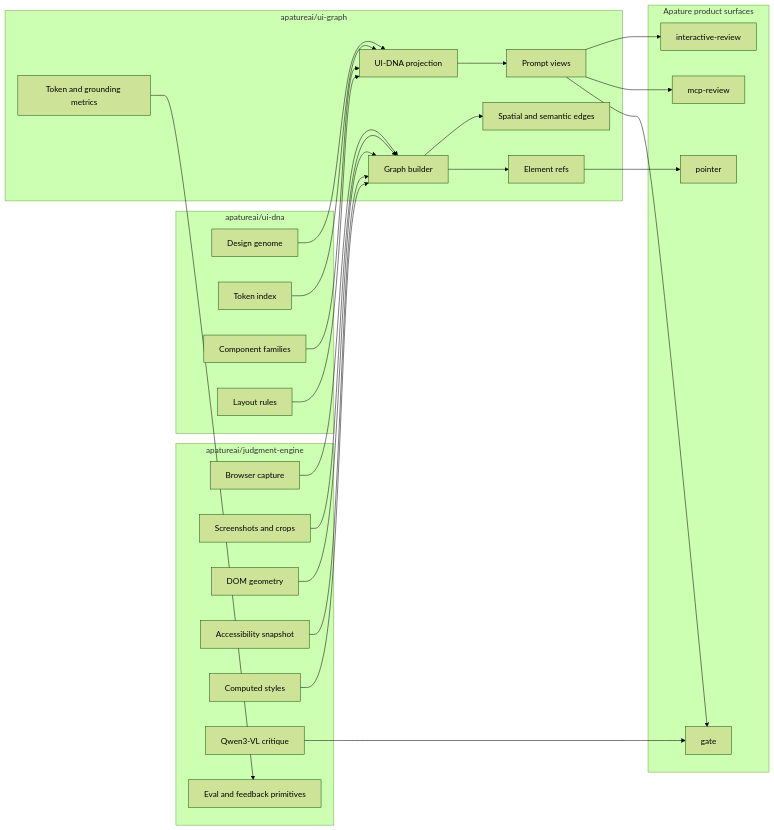
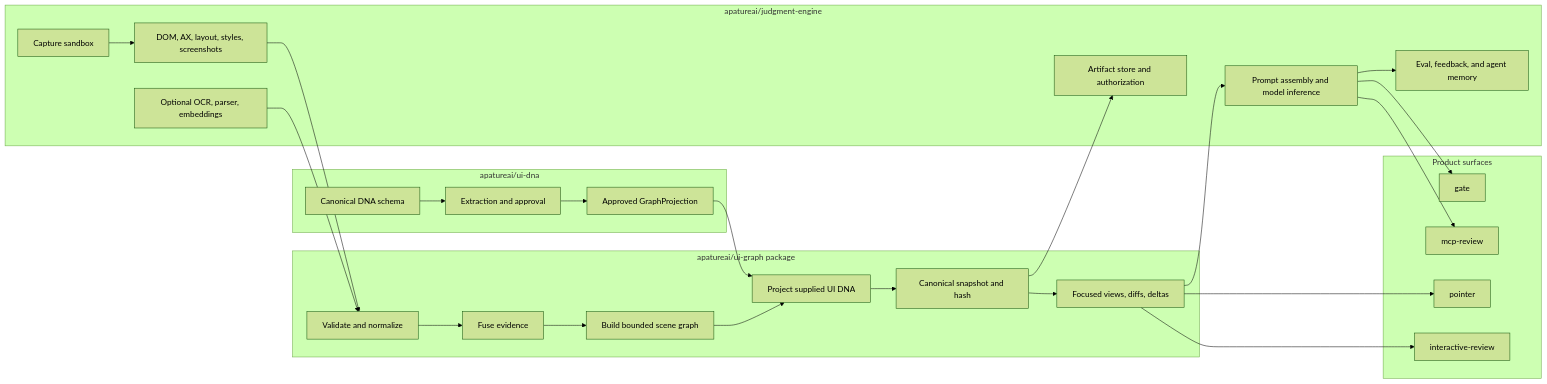
One commit to apatureai/lattice changed the first of 14 diagrams in ARCHITECTURE.md. Above: the diagram before and after it, drawn with Mermaid (forest theme). The commit also changed other lines of this file and 11 other files, not shown here.

Commit message:
Strengthen UI Graph architecture specification (#1)

````diff
--- a/ARCHITECTURE.md
+++ b/ARCHITECTURE.md
@@ -14,54 +20,47 @@
 ```mermaid
 flowchart LR
-  subgraph Engine["apatureai/judgment-engine"]
-    A["Browser capture"]
-    B["Screenshots and crops"]
-    C["DOM geometry"]
-    D["Accessibility snapshot"]
-    E["Computed styles"]
-    F["Qwen3-VL critique"]
-    G["Eval and feedback primitives"]
+  subgraph DNA["apatureai/ui-dna"]
+    D1["Canonical DNA schema"]
+    D2["Extraction and approval"]
+    D3["Approved GraphProjection"]
   end
 
-  subgraph DNA["apatureai/ui-dna"]
-    H["Design genome"]
-    I["Token index"]
-    J["Component families"]
-    K["Layout rules"]
+  subgraph Engine["apatureai/judgment-engine"]
+    E1["Capture sandbox"]
+    E2["DOM, AX, layout, styles, screenshots"]
+    E3["Optional OCR, parser, embeddings"]
+    E4["Artifact store and authorization"]
+    E5["Prompt assembly and model inference"]
+    E6["Eval, feedback, and agent memory"]
   end
 
-  subgraph Graph["apatureai/ui-graph"]
-    L["Graph builder"]
-    M["Element refs"]
-    N["Spatial and semantic edges"]
-    O["UI-DNA projection"]
-    P["Prompt views"]
-    Q["Token and grounding metrics"]
+  subgraph Graph["apatureai/ui-graph package"]
+    G1["Validate and normalize"]
+    G2["Fuse evidence"]
+    G3["Build bounded scene graph"]
+    G4["Project supplied UI DNA"]
+    G5["Canonical snapshot and hash"]
+    G6["Focused views, diffs, deltas"]
   end
 
-  subgraph Products["Apature product surfaces"]
-    R["gate"]
-    S["mcp-review"]
-    T["pointer"]
-    U["interactive-review"]
+  subgraph Products["Product surfaces"]
+    P1["gate"]
+    P2["mcp-review"]
+    P3["pointer"]
+    P4["interactive-review"]
   end
 
-  A --> L
-  B --> L
-  C --> L
-  D --> L
-  E --> L
-  H --> O
-  I --> O
-  J --> O
-  K --> O
-  L --> M
-  L --> N
-  O --> P
-  P --> R
-  P --> S
-  M --> T
-  P --> U
-  Q --> G
-  F --> R
+  D1 --> D2 --> D3
+  E1 --> E2
+  E2 --> G1
+  E3 --> G1
+  D3 --> G4
+  G1 --> G2 --> G3 --> G4 --> G5 --> G6
+  G5 --> E4
+  G6 --> E5
+  E5 --> P1
+  E5 --> P2
+  G6 --> P3
+  G6 --> P4
+  E5 --> E6
 ```
````
